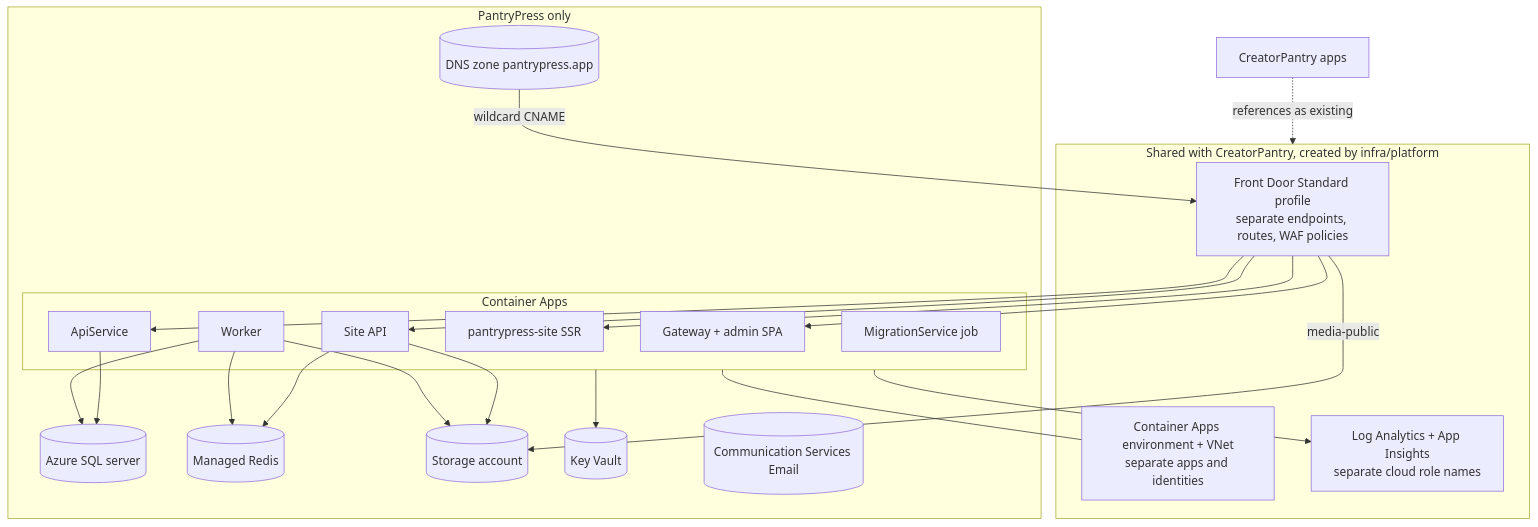
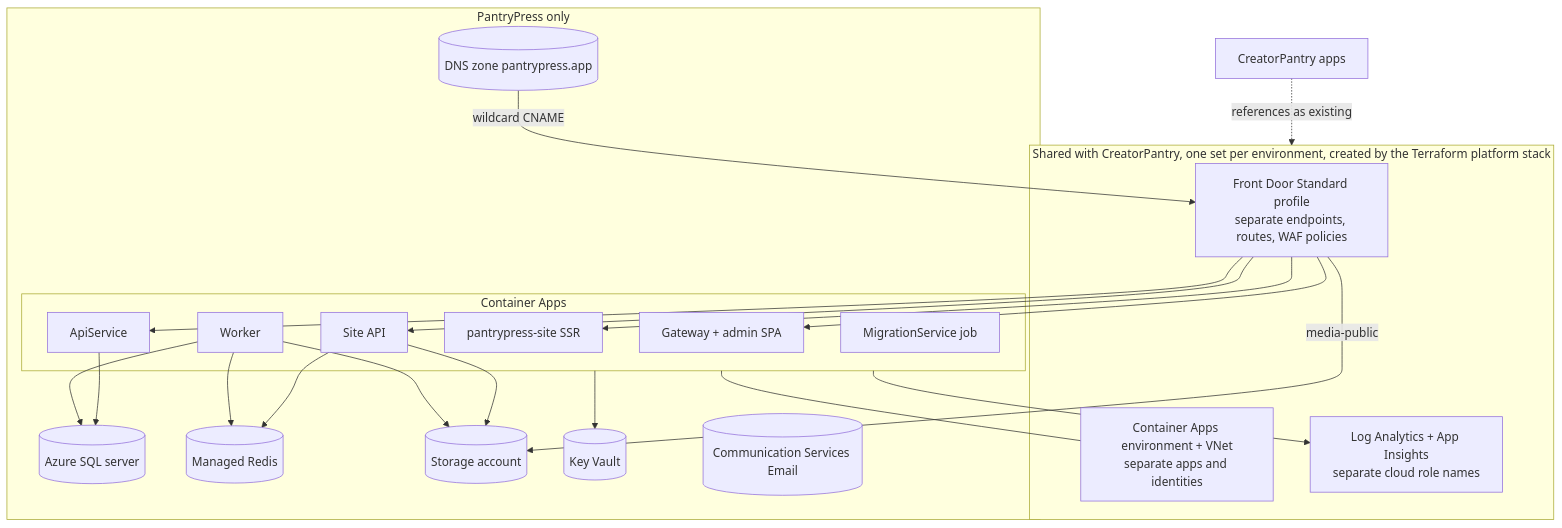
Diagram 11 of 12 in docs/architecture/architecture.md (Architect4Hire/PantryPress), drawn with Mermaid before and after one commit. The commit also changed other lines of this file and 83 other files, not shown here.

````diff
--- a/docs/architecture/architecture.md
+++ b/docs/architecture/architecture.md
@@ -593,42 +593,42 @@
 ```mermaid
 flowchart TB
-    subgraph Shared[Shared with CreatorPantry, created by infra/platform]
+    subgraph Shared[Shared with CreatorPantry, one set per environment, created by the Terraform platform stack]
         AFD[Front Door Standard profile<br/>separate endpoints, routes, WAF policies]
         CAE[Container Apps environment + VNet<br/>separate apps and identities]
         MON[Log Analytics + App Insights<br/>separate cloud role names]
     end
 
     subgraph PPOwn[PantryPress only]
         subgraph Apps[Container Apps]
             a1[Gateway + admin SPA]
             a2[ApiService]
             a3[Site API]
             a4[pantrypress-site SSR]
             a5[Worker]
             a6[MigrationService job]
         end
         SQL[(Azure SQL server)]
         RED[(Managed Redis)]
         ST[(Storage account)]
         KV[(Key Vault)]
         DNS[(DNS zone pantrypress.app)]
         ACS[(Communication Services Email)]
     end
 
     CP[CreatorPantry apps] -.->|references as existing| Shared
     AFD --> a1
     AFD --> a2
     AFD --> a3
     AFD --> a4
     AFD -->|media-public| ST
     Apps --- CAE
     Apps --> MON
     a2 --> SQL
     a3 --> RED
     a3 --> ST
     a5 --> SQL
     a5 --> ST
     a5 --> RED
     Apps --> KV
     DNS -->|wildcard CNAME| AFD
 ```
````
